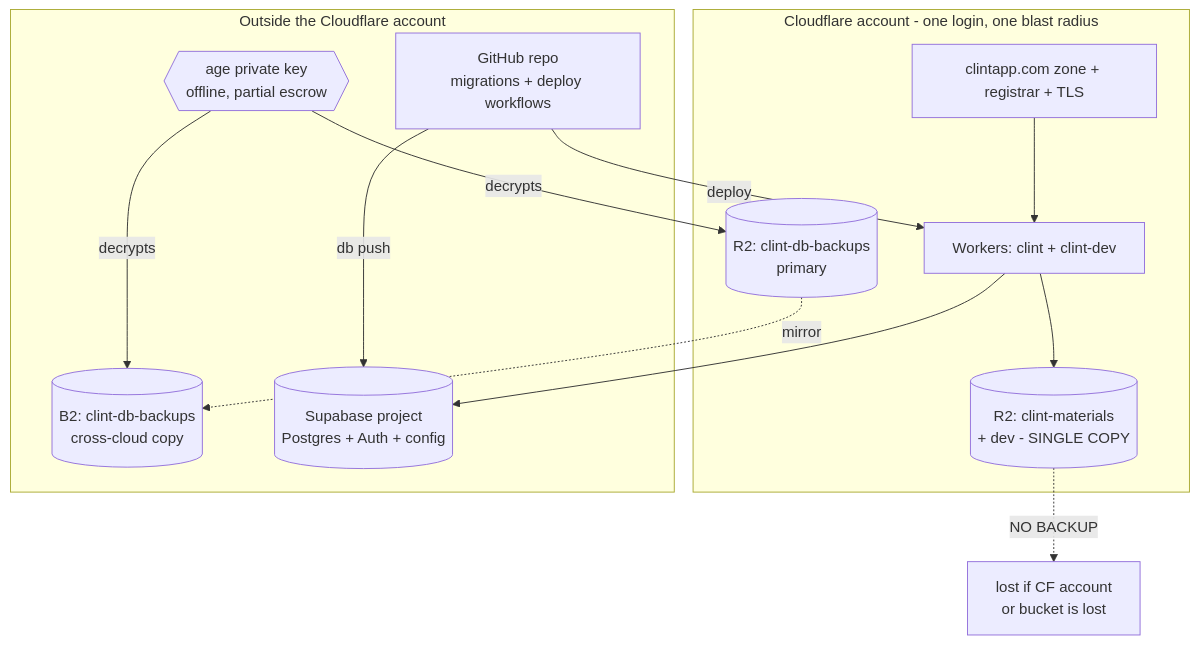
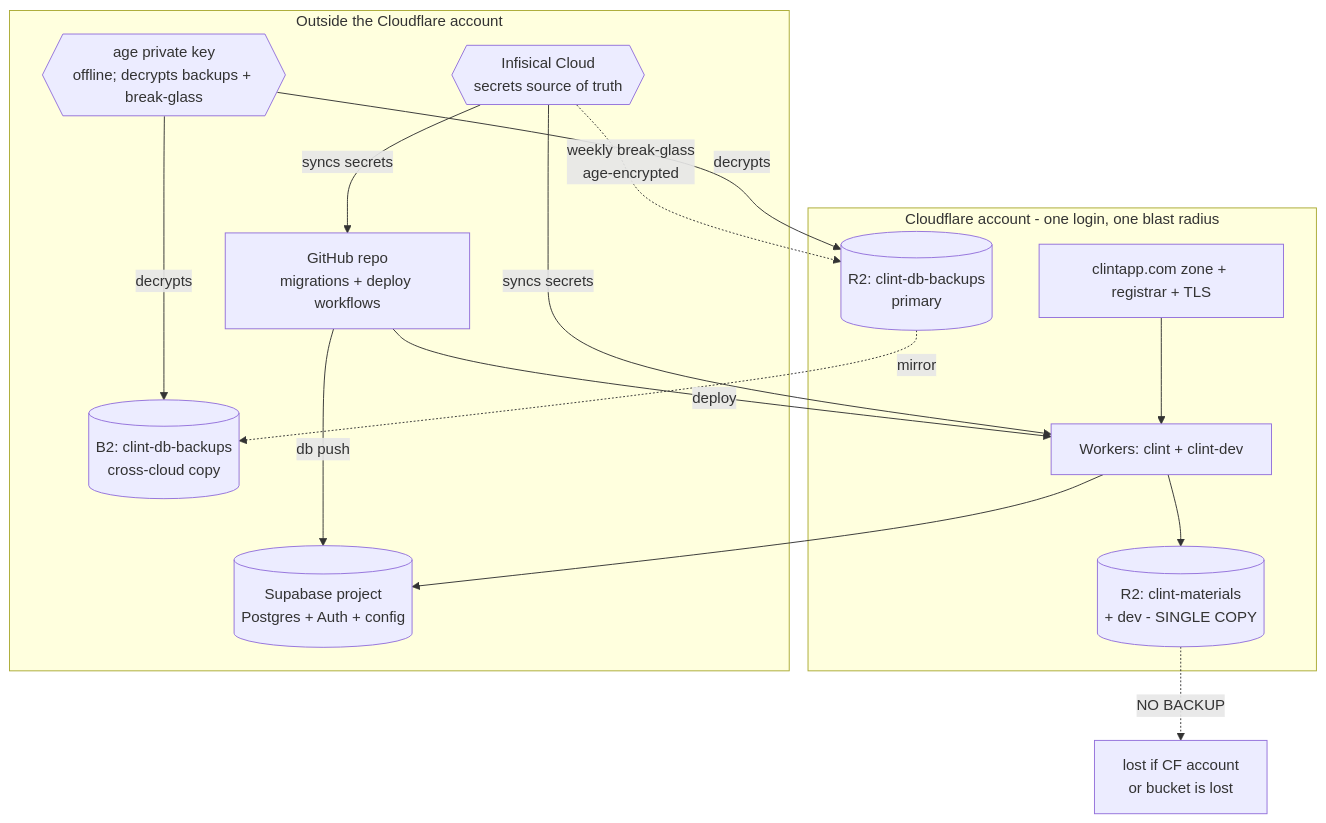
The diagram in docs/runbook/14-disaster-recovery.md (clint-org/clint), drawn with Mermaid before and after one commit. The commit also changed other lines of this file and 133 other files, not shown here.

````diff
--- a/docs/runbook/14-disaster-recovery.md
+++ b/docs/runbook/14-disaster-recovery.md
@@ -75,24 +75,28 @@
 ```mermaid
 flowchart TD
   subgraph CF[Cloudflare account - one login, one blast radius]
     W[Workers: clint + clint-dev]
     M[(R2: clint-materials<br/>+ dev - SINGLE COPY)]
     RB[(R2: clint-db-backups<br/>primary)]
     DNS[clintapp.com zone + registrar + TLS]
   end
   subgraph OUT[Outside the Cloudflare account]
     B2[(B2: clint-db-backups<br/>cross-cloud copy)]
     SB[(Supabase project<br/>Postgres + Auth + config)]
     GH[GitHub repo<br/>migrations + deploy workflows]
-    AGE{{age private key<br/>offline, partial escrow}}
+    AGE{{age private key<br/>offline; decrypts backups + break-glass}}
+    INF{{Infisical Cloud<br/>secrets source of truth}}
   end
   W --> M
   W --> SB
   DNS --> W
   RB -. mirror .-> B2
   GH -- deploy --> W
   GH -- db push --> SB
+  INF -- syncs secrets --> W
+  INF -- syncs secrets --> GH
+  INF -. weekly break-glass<br/>age-encrypted .-> RB
   AGE -- decrypts --> RB
   AGE -- decrypts --> B2
   M -. NO BACKUP .-> X[lost if CF account<br/>or bucket is lost]
 ```
````
